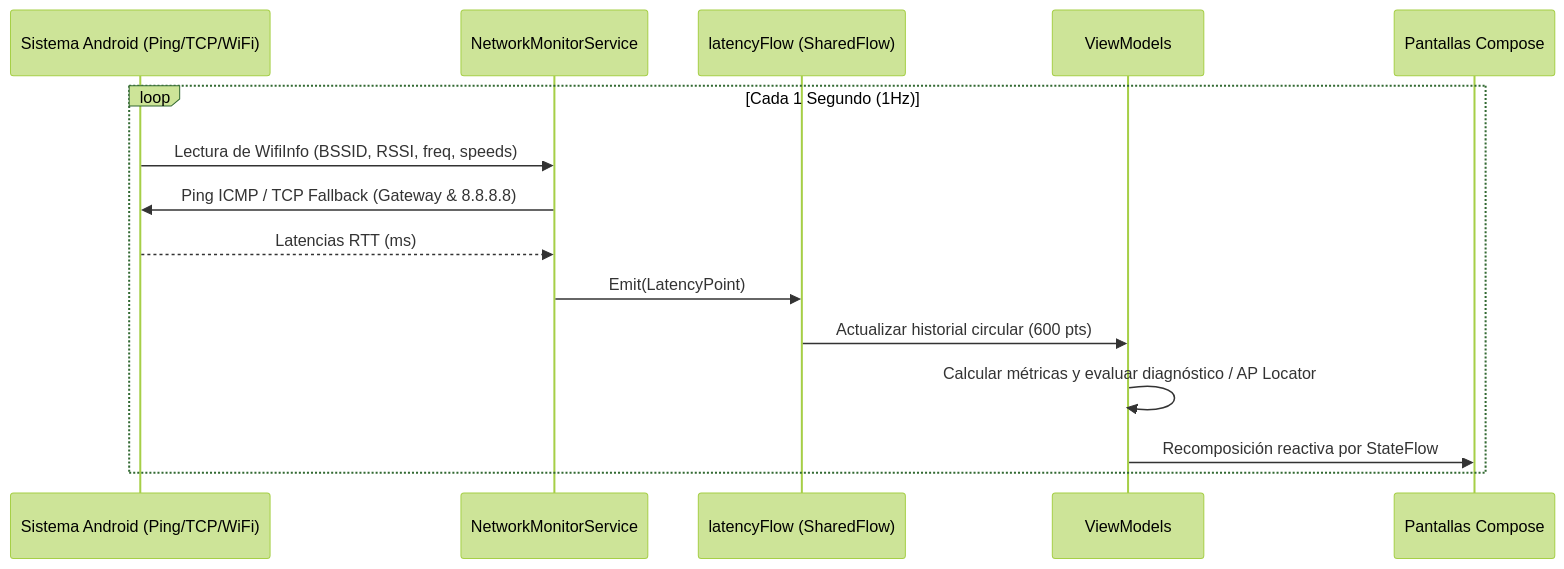
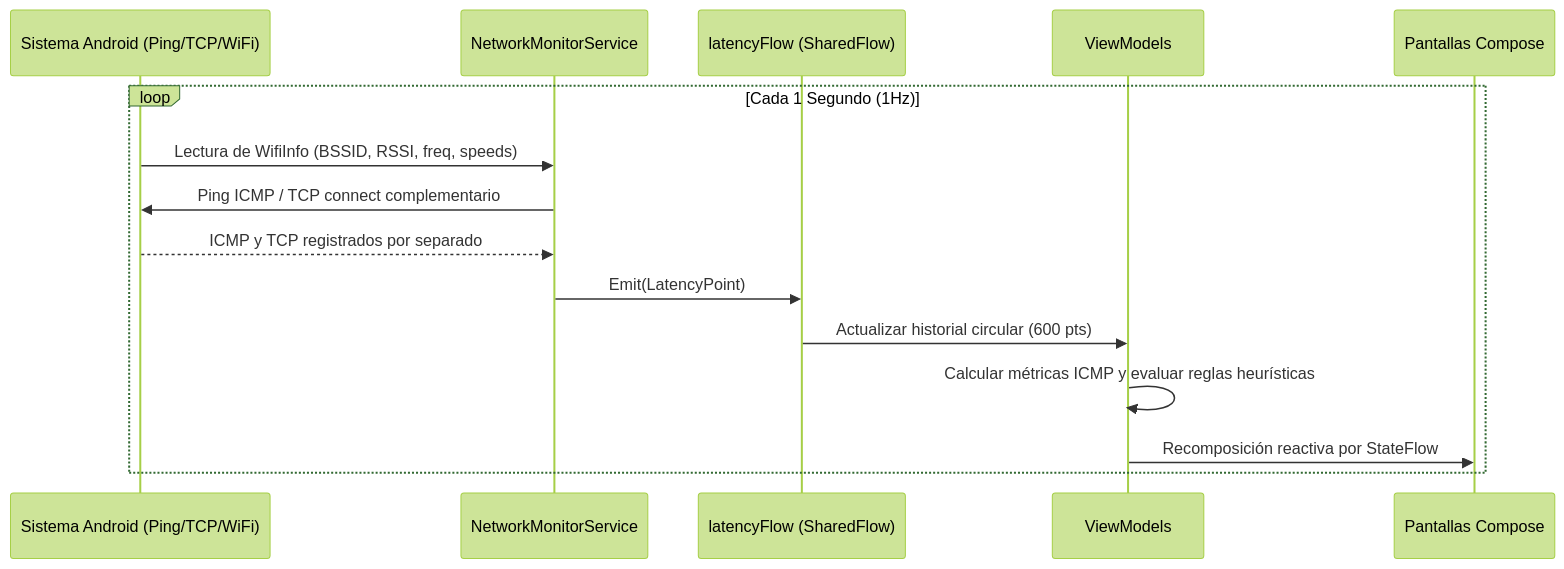
The first of 2 diagrams in ARCHITECTURE.md (Abd1219/VisorWifi), drawn with Mermaid (forest theme) before and after one commit. The commit also changed other lines of this file and 21 other files, not shown here.

````diff
--- a/ARCHITECTURE.md
+++ b/ARCHITECTURE.md
@@ -34,18 +34,18 @@
 ```mermaid
 sequenceDiagram
     participant OS as Sistema Android (Ping/TCP/WiFi)
     participant NMS as NetworkMonitorService
     participant Flow as latencyFlow (SharedFlow)
     participant VM as ViewModels
     participant UI as Pantallas Compose
 
     loop Cada 1 Segundo (1Hz)
         OS->>NMS: Lectura de WifiInfo (BSSID, RSSI, freq, speeds)
-        NMS->>OS: Ping ICMP / TCP Fallback (Gateway & 8.8.8.8)
-        OS-->>NMS: Latencias RTT (ms)
+        NMS->>OS: Ping ICMP / TCP connect complementario
+        OS-->>NMS: ICMP y TCP registrados por separado
         NMS->>Flow: Emit(LatencyPoint)
         Flow->>VM: Actualizar historial circular (600 pts)
-        VM->>VM: Calcular métricas y evaluar diagnóstico / AP Locator
+        VM->>VM: Calcular métricas ICMP y evaluar reglas heurísticas
         VM->>UI: Recomposición reactiva por StateFlow
     end
 ```
````
